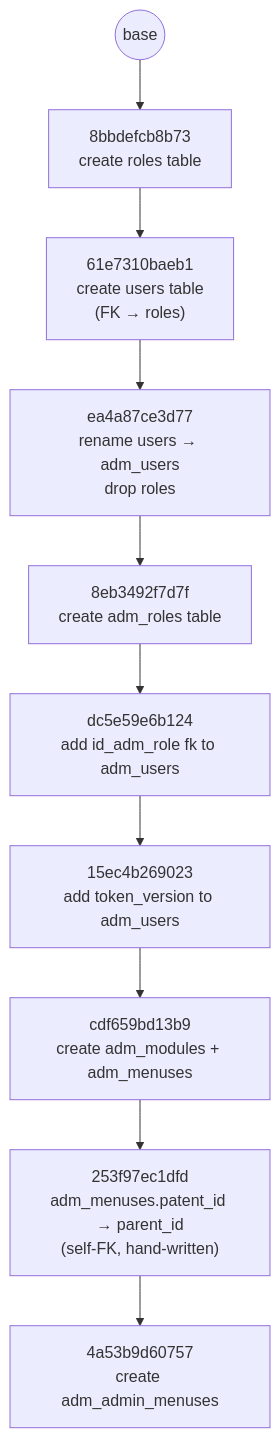
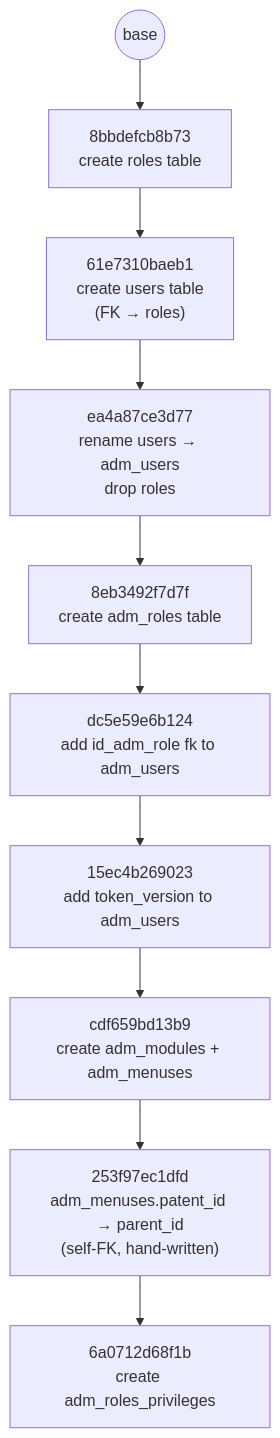
The diagram in docs/MIGRATIONS.md (MarvinMosiCoder/vram-py), drawn with Mermaid before and after one commit. The commit also changed other lines of this file and 48 other files, not shown here.

````diff
--- a/docs/MIGRATIONS.md
+++ b/docs/MIGRATIONS.md
@@ -148,12 +148,12 @@
 ```mermaid
 flowchart TD
     base(("base")) --> R["8bbdefcb8b73<br/>create roles table"]
     R --> U["61e7310baeb1<br/>create users table<br/>(FK → roles)"]
     U --> RU["ea4a87ce3d77<br/>rename users → adm_users<br/>drop roles"]
     RU --> AR["8eb3492f7d7f<br/>create adm_roles table"]
     AR --> FK["dc5e59e6b124<br/>add id_adm_role fk to adm_users"]
     FK --> TV["15ec4b269023<br/>add token_version to adm_users"]
     TV --> MM["cdf659bd13b9<br/>create adm_modules + adm_menuses"]
     MM --> PI["253f97ec1dfd<br/>adm_menuses.patent_id → parent_id<br/>(self-FK, hand-written)"]
-    PI --> AM["4a53b9d60757<br/>create adm_admin_menuses"]
+    PI --> RP["6a0712d68f1b<br/>create adm_roles_privileges"]
 ```
````
